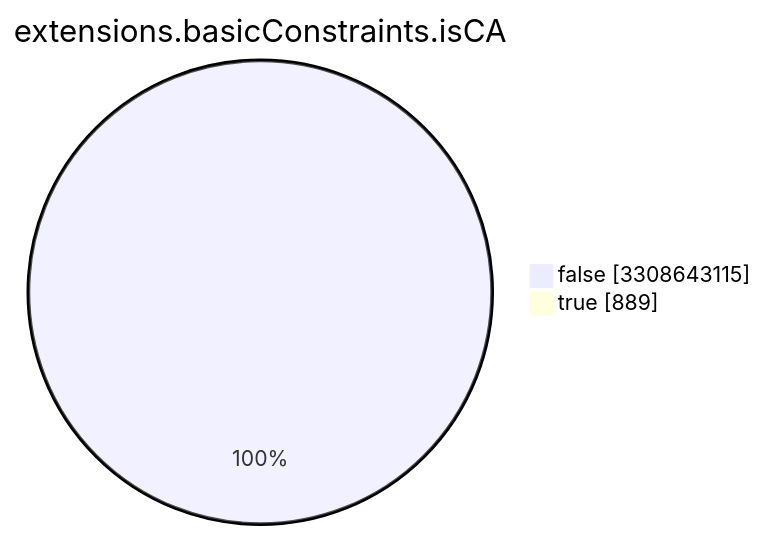
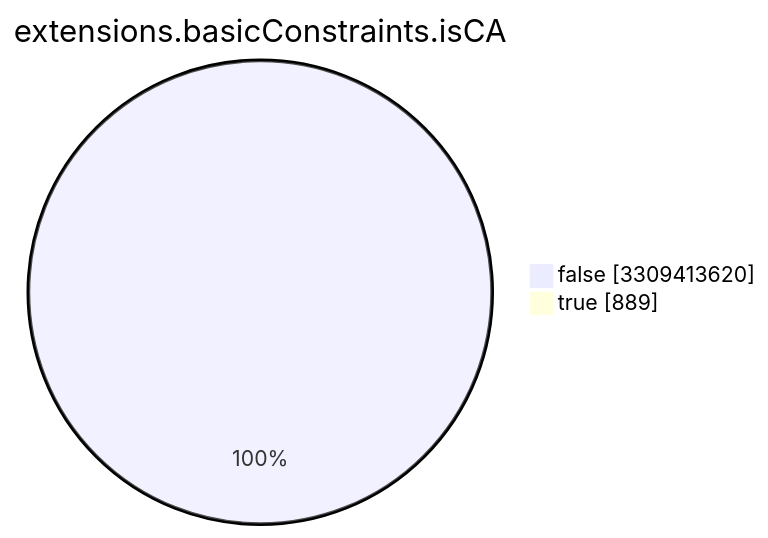
The seventh of 15 diagrams in TOTAL/README.md (christiankrug/ctmonitor_visualization), drawn with Mermaid before and after one commit. The commit also changed other lines of this file, not shown here.

````diff
--- a/TOTAL/README.md
+++ b/TOTAL/README.md
@@ -3089,6 +3089,6 @@
 ```mermaid
 pie showData
 title extensions.basicConstraints.isCA
-"false" :3308643115
+"false" :3309413620
 "true" :889
 ```
````
